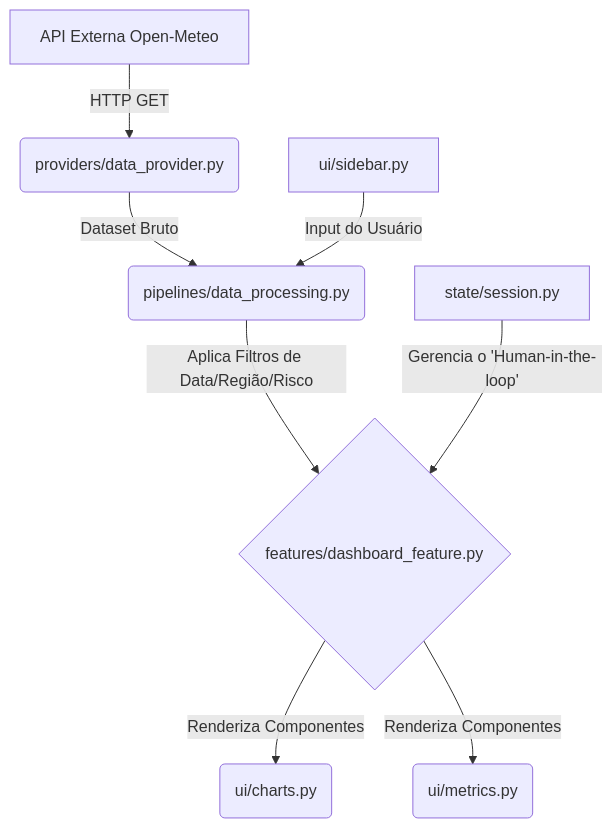
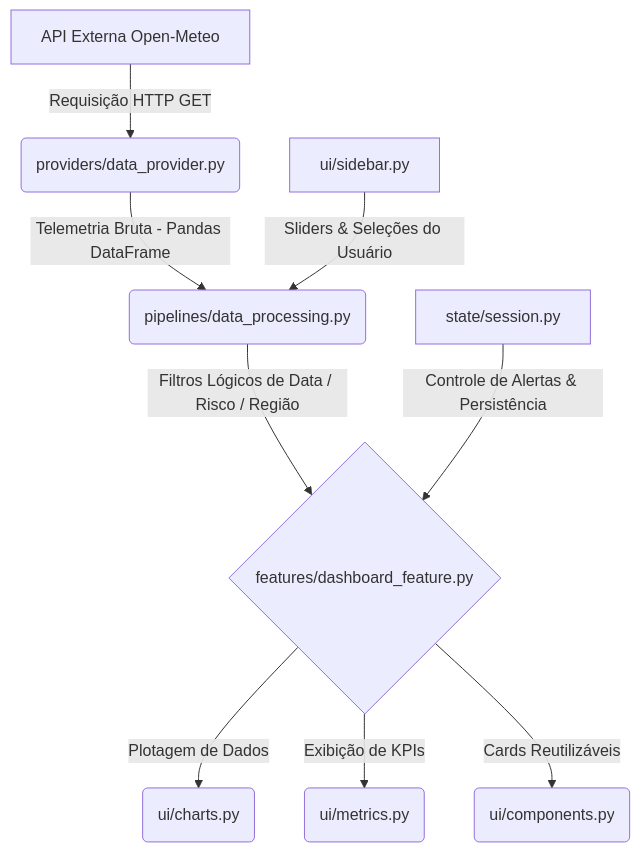
The diagram in README.md (luccamasini-AI/Monitoramento-Clim-e-An-Espacial), drawn with Mermaid before and after one commit. The commit also changed other lines of this file, not shown here.

````diff
--- a/README.md
+++ b/README.md
@@ -25,13 +47,14 @@
 ```mermaid
 graph TD
-    A[API Externa Open-Meteo] -->|HTTP GET| B(providers/data_provider.py)
-    B -->|Dataset Bruto| C(pipelines/data_processing.py)
-    C -->|Aplica Filtros de Data/Região/Risco| D{features/dashboard_feature.py}
+    A[API Externa Open-Meteo] -->|Requisição HTTP GET| B(providers/data_provider.py)
+    B -->|Telemetria Bruta - Pandas DataFrame| C(pipelines/data_processing.py)
+    C -->|Filtros Lógicos de Data / Risco / Região| D{features/dashboard_feature.py}
     
-    E[state/session.py] -->|Gerencia o 'Human-in-the-loop'| D
+    E[state/session.py] -->|Controle de Alertas & Persistência| D
     
-    D -->|Renderiza Componentes| F(ui/charts.py)
-    D -->|Renderiza Componentes| G(ui/metrics.py)
+    D -->|Plotagem de Dados| F(ui/charts.py)
+    D -->|Exibição de KPIs| G(ui/metrics.py)
+    D -->|Cards Reutilizáveis| H(ui/components.py)
     
-    H[ui/sidebar.py] -->|Input do Usuário| C
+    I[ui/sidebar.py] -->|Sliders & Seleções do Usuário| C
 ```
````
